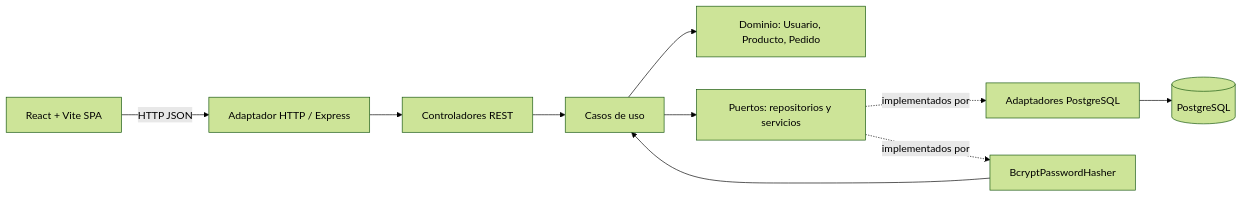
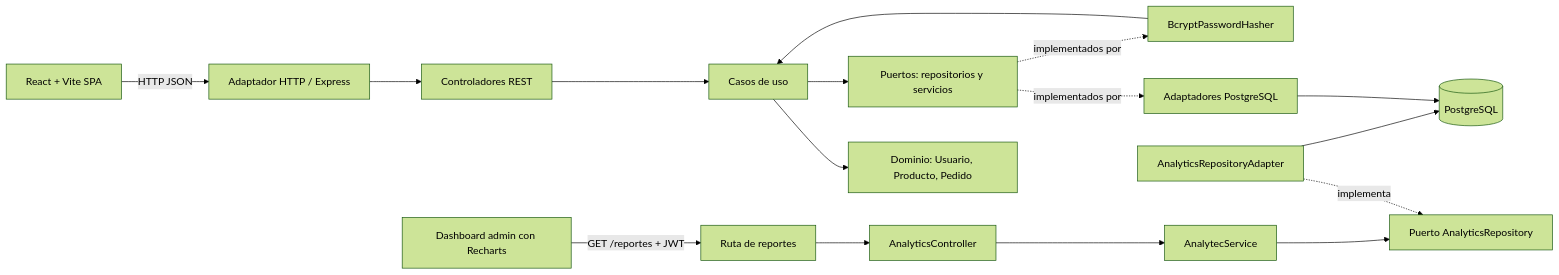
One commit to JavierMolina069/taller3-ecommerce changed the first of 2 diagrams in docs/arquitectura.md. Above: the diagram before and after it, drawn with Mermaid (forest theme). The commit also changed other lines of this file and 16 other files, not shown here.

Commit message:
Add analytics dashboard and reporting

````diff
--- a/docs/arquitectura.md
+++ b/docs/arquitectura.md
@@ -5,12 +5,19 @@
 ```mermaid
 flowchart LR
   Browser[React + Vite SPA] -->|HTTP JSON| Express[Adaptador HTTP / Express]
   Express --> Controllers[Controladores REST]
   Controllers --> UseCases[Casos de uso]
   UseCases --> Domain[Dominio: Usuario, Producto, Pedido]
   UseCases --> Ports[Puertos: repositorios y servicios]
   Ports -. implementados por .-> Repos[Adaptadores PostgreSQL]
+  Dashboard -->|GET /reportes + JWT| AnalyticsRoute[Ruta de reportes]
+  AnalyticsRoute --> AnalyticsController[AnalyticsController]
+  AnalyticsController --> AnalyticsUseCase[AnalytecService]
+  AnalyticsUseCase --> AnalyticsPort[Puerto AnalyticsRepository]
+  AnalyticsAdapter[AnalyticsRepositoryAdapter] -. implementa .-> AnalyticsPort
+  AnalyticsAdapter --> DB
+  Dashboard[Dashboard admin con Recharts]
   Ports -. implementados por .-> Hash[BcryptPasswordHasher]
   Repos --> DB[(PostgreSQL)]
   Hash --> UseCases
 ```
````
